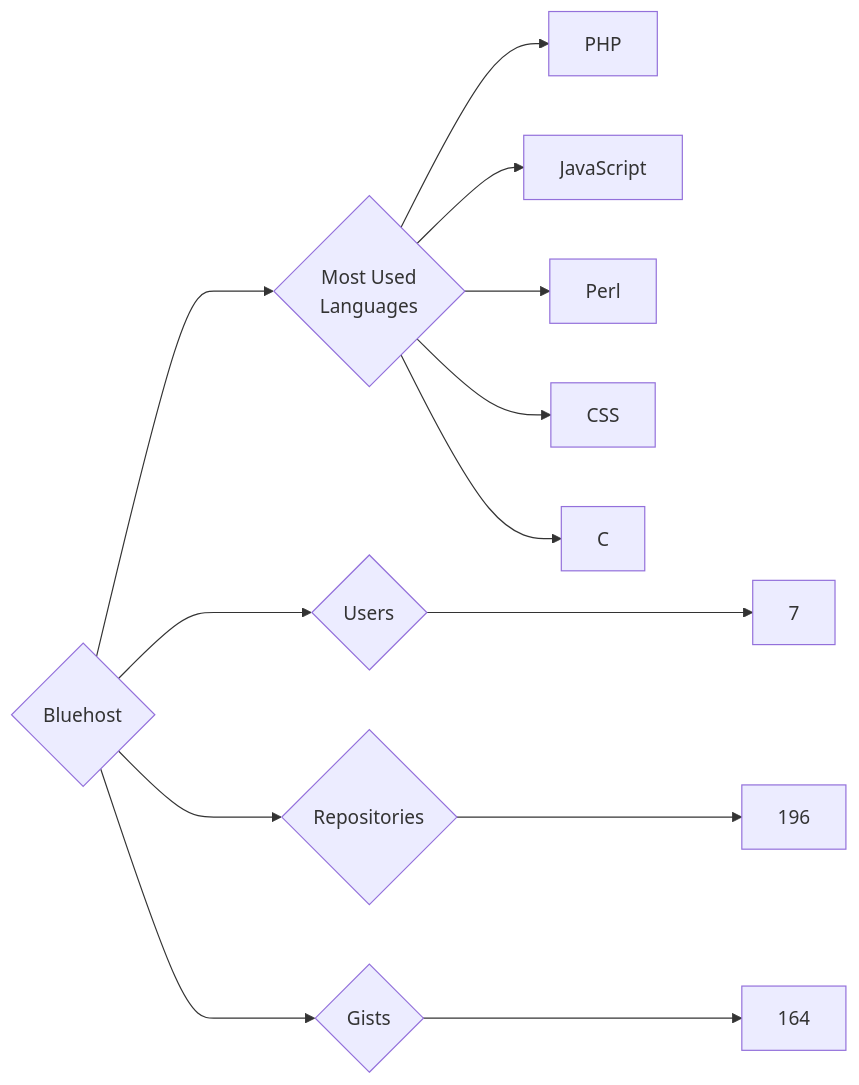
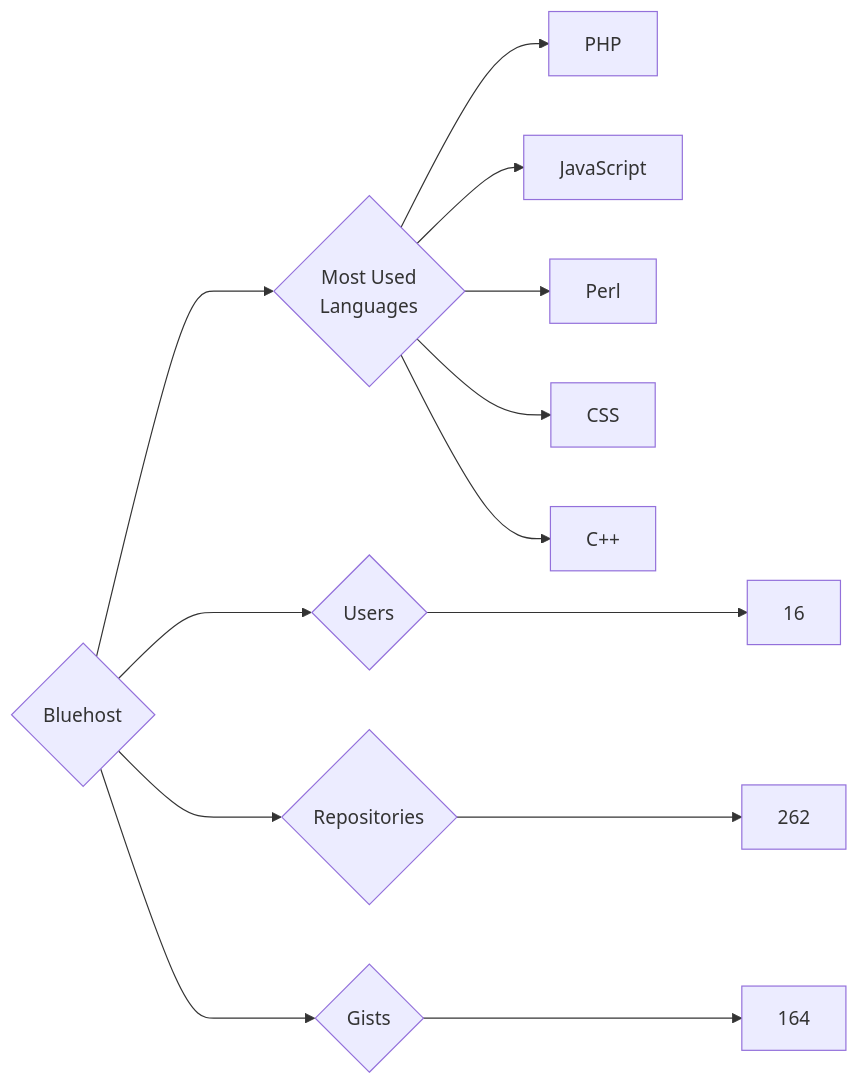
One commit to trickest/insiders changed the diagram in targets/Bluehost/README.md. Above: the diagram before and after it, drawn with Mermaid. The commit also changed 891 other files, not shown here.

````diff
--- a/targets/Bluehost/README.md
+++ b/targets/Bluehost/README.md
@@ -3,13 +3,13 @@
 ```mermaid
 graph LR
 COMPANY_NAME{Bluehost}
-COMPANY_NAME ---> U{Users} ---> UN[7]
-COMPANY_NAME ---> R{Repositories} ---> RN[196]
+COMPANY_NAME ---> U{Users} ---> UN[16]
+COMPANY_NAME ---> R{Repositories} ---> RN[262]
 COMPANY_NAME ---> G{Gists} ---> GN[164]
 COMPANY_NAME ---> ML{Most Used<br>Languages}
 ML --> PHP[PHP]
 ML --> JavaScript[JavaScript]
 ML --> Perl[Perl]
 ML --> CSS[CSS]
-ML --> C[C]
+ML --> C++[C++]
 ```
````
